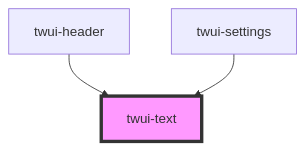
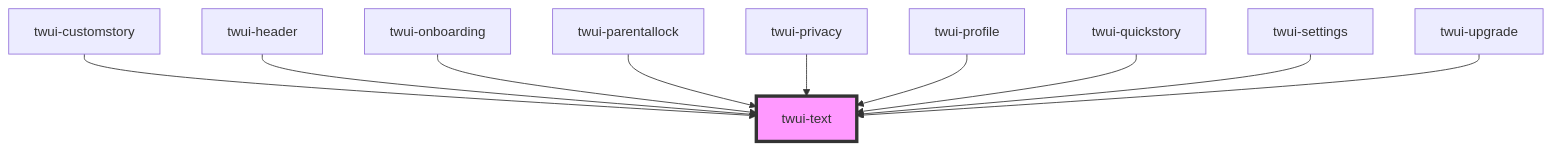
Before and after one commit to frostaura/TaleWeaver: the diagram in src/frontend/src/components/twui/src/components/molecules/text/readme.md, drawn with Mermaid. The commit also changed other lines of this file and 24 other files, not shown here.

````diff
--- a/src/frontend/src/components/twui/src/components/molecules/text/readme.md
+++ b/src/frontend/src/components/twui/src/components/molecules/text/readme.md
@@ -23,6 +31,13 @@
 ```mermaid
 graph TD;
+  twui-customstory --> twui-text
   twui-header --> twui-text
+  twui-onboarding --> twui-text
+  twui-parentallock --> twui-text
+  twui-privacy --> twui-text
+  twui-profile --> twui-text
+  twui-quickstory --> twui-text
   twui-settings --> twui-text
+  twui-upgrade --> twui-text
   style twui-text fill:#f9f,stroke:#333,stroke-width:4px
 ```
````
